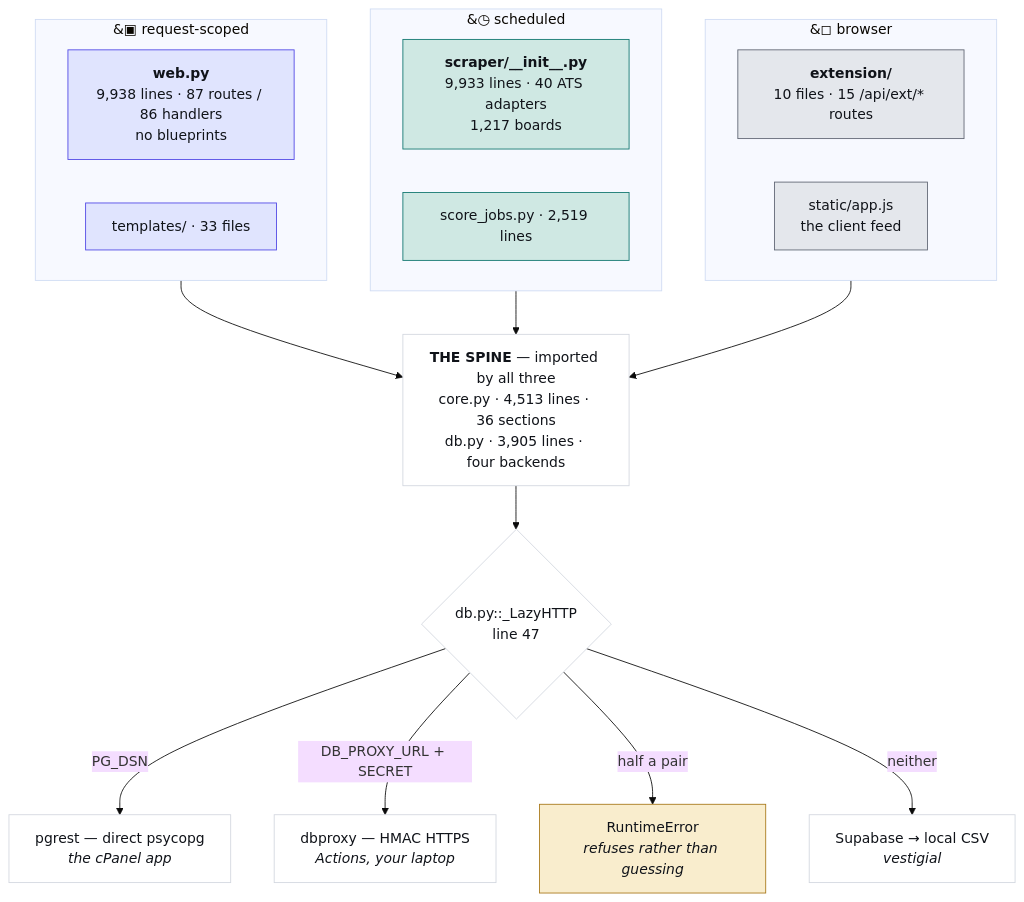
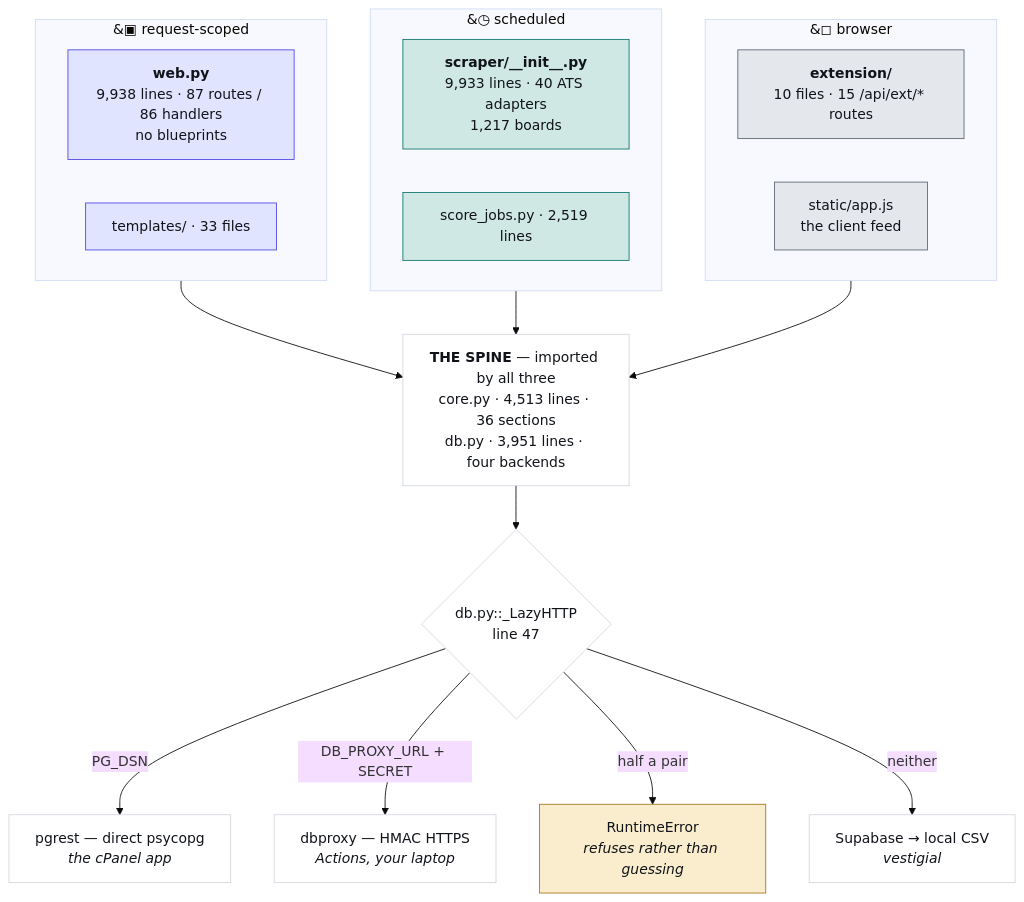
The first of 4 diagrams in JobMatch Scraper/docs/ARCHITECTURE.md (hadakunal909-debug/job-search-tool), drawn with Mermaid (base theme) before and after one commit. The commit also changed 6 other files, not shown here.

````diff
--- a/JobMatch Scraper/docs/ARCHITECTURE.md
+++ b/JobMatch Scraper/docs/ARCHITECTURE.md
@@ -45,34 +45,34 @@
 ```mermaid
 flowchart TB
   subgraph REQ["&#9635; request-scoped"]
     W["<b>web.py</b><br/>9,938 lines · 87 routes / 86 handlers<br/>no blueprints"]
     T["templates/ · 33 files"]
   end
   subgraph SCH["&#9719; scheduled"]
     S["<b>scraper/__init__.py</b><br/>9,933 lines · 40 ATS adapters<br/>1,217 boards"]
     J["score_jobs.py · 2,519 lines"]
   end
   subgraph CLI["&#9723; browser"]
     E["<b>extension/</b><br/>10 files · 15 /api/ext/* routes"]
     A["static/app.js<br/>the client feed"]
   end
-  SPINE["<b>THE SPINE</b> — imported by all three<br/>core.py · 4,513 lines · 36 sections<br/>db.py · 3,905 lines · four backends"]
+  SPINE["<b>THE SPINE</b> — imported by all three<br/>core.py · 4,513 lines · 36 sections<br/>db.py · 3,951 lines · four backends"]
   REQ --> SPINE
   SCH --> SPINE
   CLI --> SPINE
   SPINE --> D{"db.py::_LazyHTTP<br/>line 47"}
   D -->|"PG_DSN"| P["pgrest — direct psycopg<br/><i>the cPanel app</i>"]
   D -->|"DB_PROXY_URL + SECRET"| X["dbproxy — HMAC HTTPS<br/><i>Actions, your laptop</i>"]
   D -->|"half a pair"| R["RuntimeError<br/><i>refuses rather than guessing</i>"]
   D -->|"neither"| V["Supabase → local CSV<br/><i>vestigial</i>"]
   classDef web fill:#e0e4fe,stroke:#4f46e5,color:#101319
   classDef sched fill:#cfe8e3,stroke:#0f766e,color:#101319
   classDef client fill:#e4e7ec,stroke:#5f6573,color:#101319
   classDef trap fill:#f9edcd,stroke:#a8781a,color:#101319
   classDef plain fill:#ffffff,stroke:#d3d7df,color:#101319
   class W,T web
   class S,J sched
   class E,A client
   class R trap
   class SPINE,D,P,X,V plain
 ```
````
